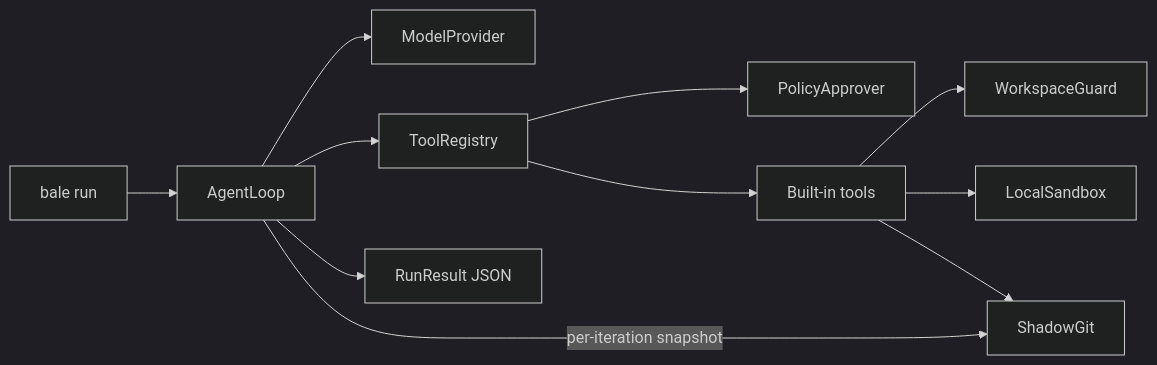
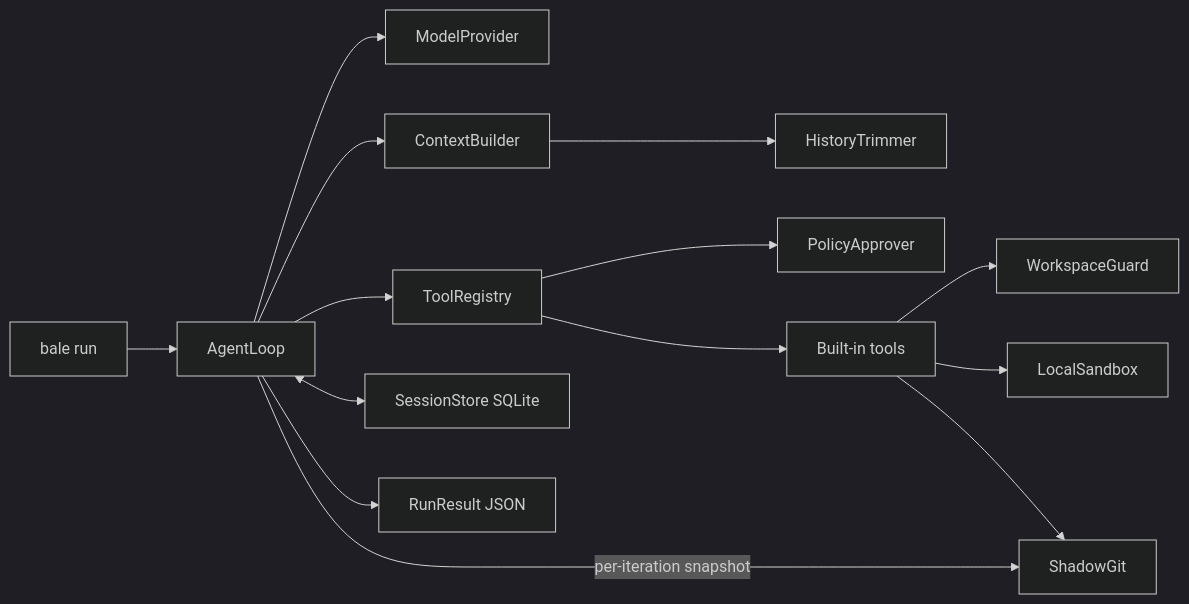
Before and after one commit to Soleil-gzm/Bale_Coding_Agent_Harness: the second of 5 diagrams in docs/architecture.md, drawn with Mermaid (dark theme). The commit also changed other lines of this file and 2 other files, not shown here.

Commit message:
docs: document b3 context session resume

````diff
--- a/docs/architecture.md
+++ b/docs/architecture.md
@@ -66,13 +66,16 @@
 ```mermaid
 flowchart LR
     CLI[bale run] --> Loop[AgentLoop]
     Loop --> Provider[ModelProvider]
     Loop --> Registry[ToolRegistry]
+    Loop --> Context[ContextBuilder]
+    Context --> Trimmer[HistoryTrimmer]
+    Loop <--> Session[SessionStore SQLite]
     Registry --> Approval[PolicyApprover]
     Registry --> Tools[Built-in tools]
     Tools --> Guard[WorkspaceGuard]
     Tools --> Sandbox[LocalSandbox]
     Tools --> Shadow[ShadowGit]
     Loop -->|per-iteration snapshot| Shadow
     Loop --> Result[RunResult JSON]
 ```
````
